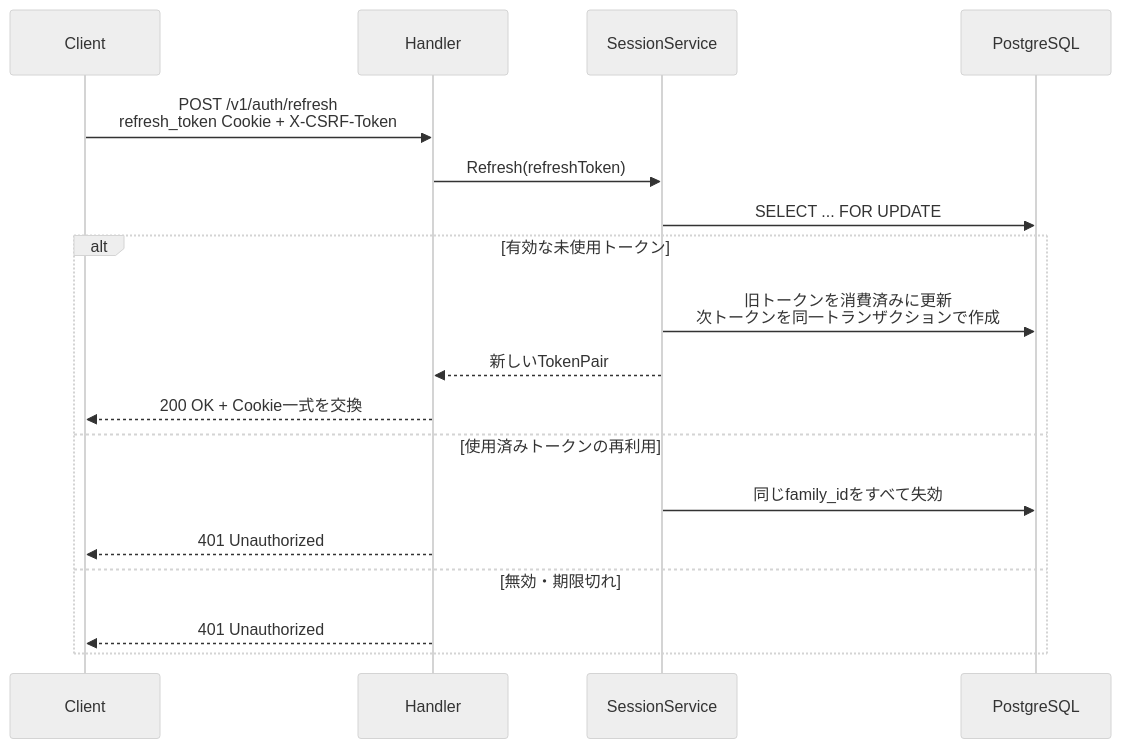
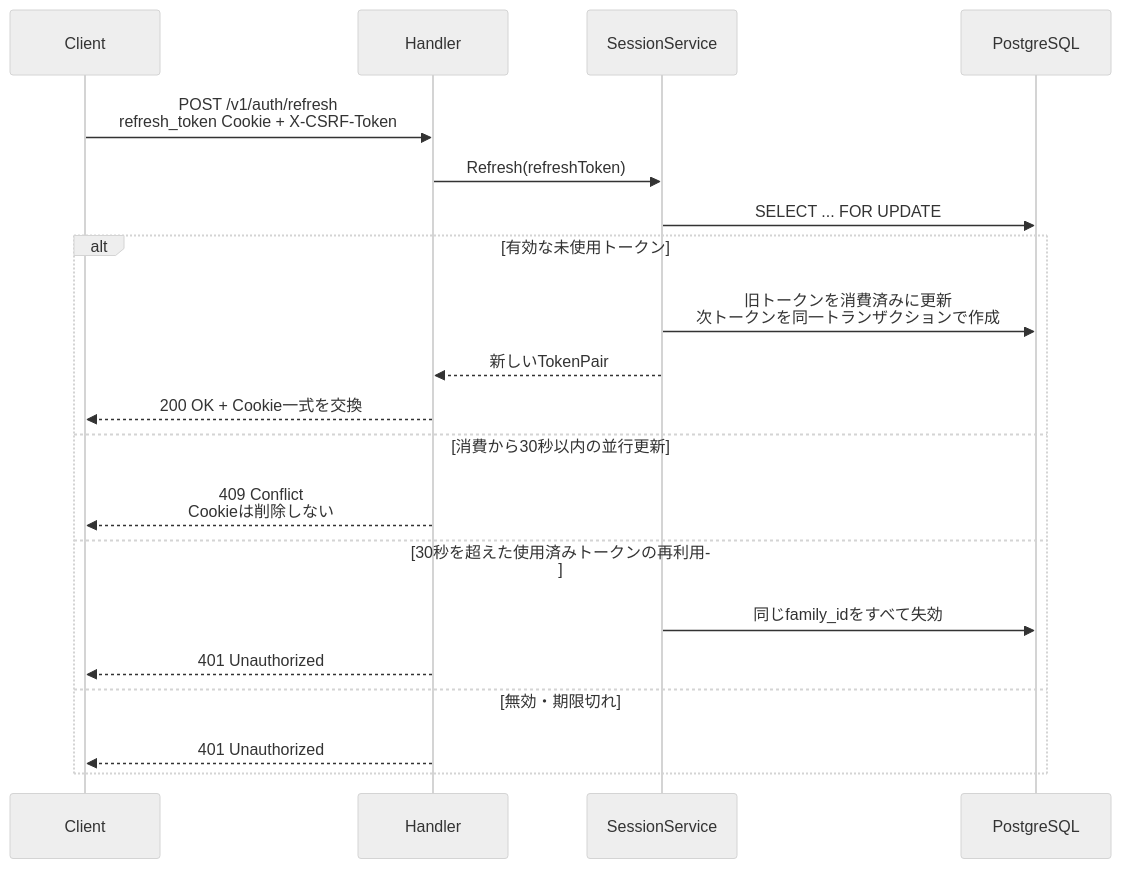
One commit to UCHIDAnobuhiro/stock-backend changed the third of 7 diagrams in docs/features/auth.md. Above: the diagram before and after it, drawn with Mermaid (neutral theme). The commit also changed other lines of this file and 2 other files, not shown here.

````diff
--- a/docs/features/auth.md
+++ b/docs/features/auth.md
@@ -128,21 +128,23 @@
 ```mermaid
 sequenceDiagram
     participant Client
     participant Handler
     participant Session as SessionService
     participant DB as PostgreSQL
 
     Client->>Handler: POST /v1/auth/refresh<br/>refresh_token Cookie + X-CSRF-Token
     Handler->>Session: Refresh(refreshToken)
     Session->>DB: SELECT ... FOR UPDATE
     alt 有効な未使用トークン
         Session->>DB: 旧トークンを消費済みに更新<br/>次トークンを同一トランザクションで作成
         Session-->>Handler: 新しいTokenPair
         Handler-->>Client: 200 OK + Cookie一式を交換
-    else 使用済みトークンの再利用
+    else 消費から30秒以内の並行更新
+        Handler-->>Client: 409 Conflict<br/>Cookieは削除しない
+    else 30秒を超えた使用済みトークンの再利用
         Session->>DB: 同じfamily_idをすべて失効
         Handler-->>Client: 401 Unauthorized
     else 無効・期限切れ
         Handler-->>Client: 401 Unauthorized
     end
 ```
````
